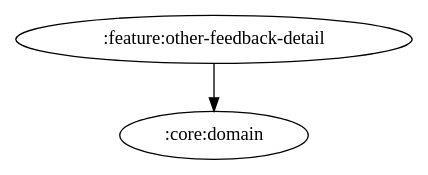
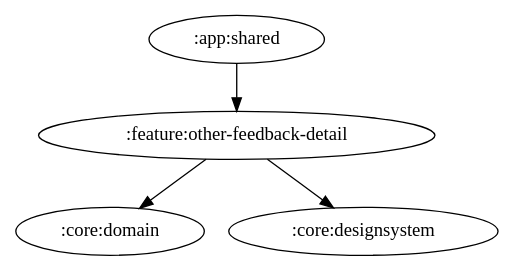
One commit to ai-kurou/KoDriver changed the diagram in docs/graphs/feature-other-feedback-detail.gv. Above: the diagram before and after it, drawn with Graphviz. The commit also changed 5 other files, not shown here.

Commit message:
chore: update module graph images

```diff
--- a/docs/graphs/feature-other-feedback-detail.gv
+++ b/docs/graphs/feature-other-feedback-detail.gv
@@ -1,4 +1,6 @@
 digraph G {
   rankdir=TB
+  ":app:shared" -> ":feature:other-feedback-detail"
   ":feature:other-feedback-detail" -> ":core:domain"
+  ":feature:other-feedback-detail" -> ":core:designsystem"
 }
```
